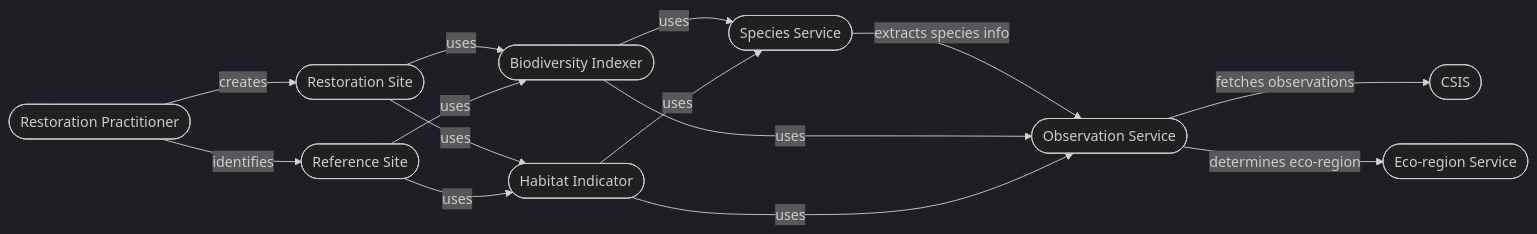
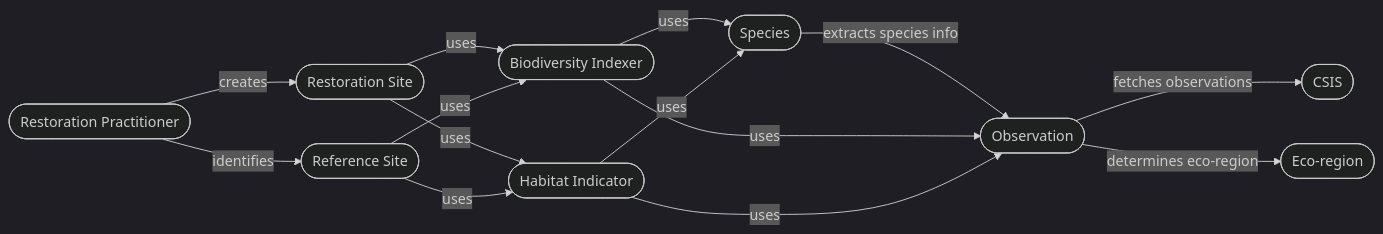
Before and after one commit to maulikdave-fh/bdi: the second of 4 diagrams in README.md, drawn with Mermaid (dark theme).

````diff
--- a/README.md
+++ b/README.md
@@ -71,16 +71,16 @@
 ```mermaid
     flowchart LR
-        A([Observation Service]) --> |fetches observations| B([CSIS])
-        A --> |determines eco-region| C([Eco-region Service])
-        D([Species Service]) --> |extracts species info| A
+        A([Observation]) --> |fetches observations| B([CSIS])
+        A --> |determines eco-region| C([Eco-region])
+        D([Species]) --> |extracts species info| A
         E([Biodiversity Indexer]) --> |uses| A
         E([Biodiversity Indexer]) --> |uses| D
         F([Habitat Indicator]) --> |uses| D
         F --> |uses| A
         G([Restoration Practitioner]) --> |creates| H([Restoration Site])
         G --> |identifies| I([Reference Site])
         H --> |uses| E
         H --> |uses| F
         I --> |uses| F
         I --> |uses| E
 ```
````
